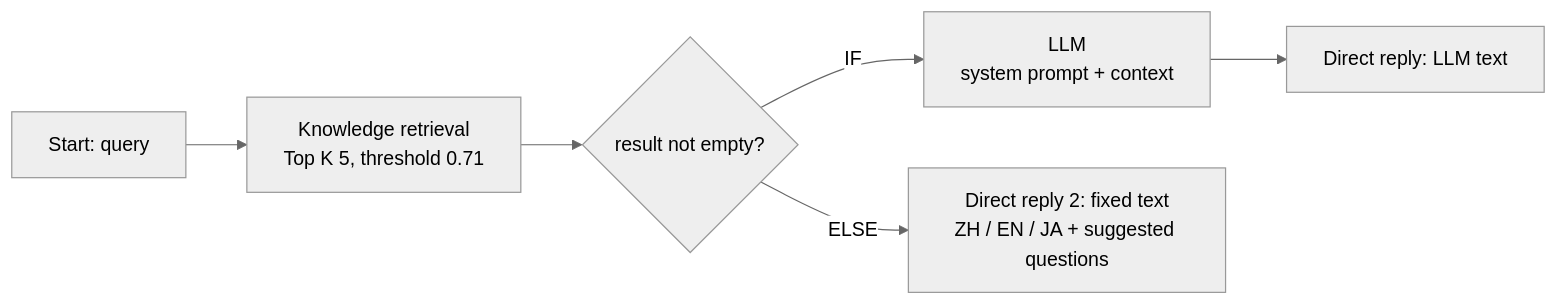
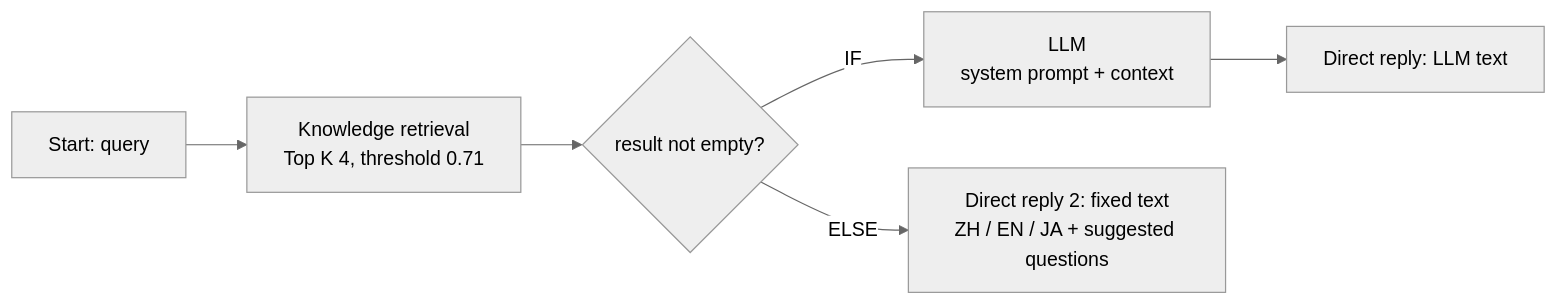
The diagram in chatbot/app-config.md (atsushigo/japan-ferry-kb), drawn with Mermaid (neutral theme) before and after one commit. The commit also changed other lines of this file and 1 other file, not shown here.

````diff
--- a/chatbot/app-config.md
+++ b/chatbot/app-config.md
@@ -19,7 +19,7 @@
 ```mermaid
 flowchart LR
-    S[Start: query] --> K[Knowledge retrieval<br/>Top K 5, threshold 0.71]
+    S[Start: query] --> K[Knowledge retrieval<br/>Top K 4, threshold 0.71]
     K --> C{result not empty?}
     C -- IF --> L[LLM<br/>system prompt + context] --> A[Direct reply: LLM text]
     C -- ELSE --> F[Direct reply 2: fixed text<br/>ZH / EN / JA + suggested questions]
 ```
````
